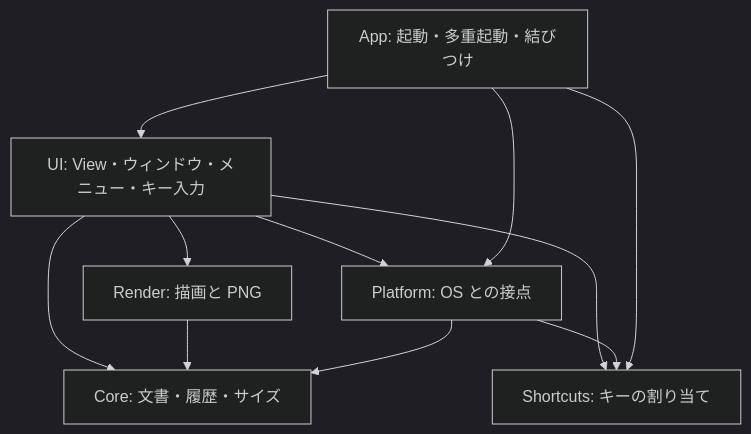
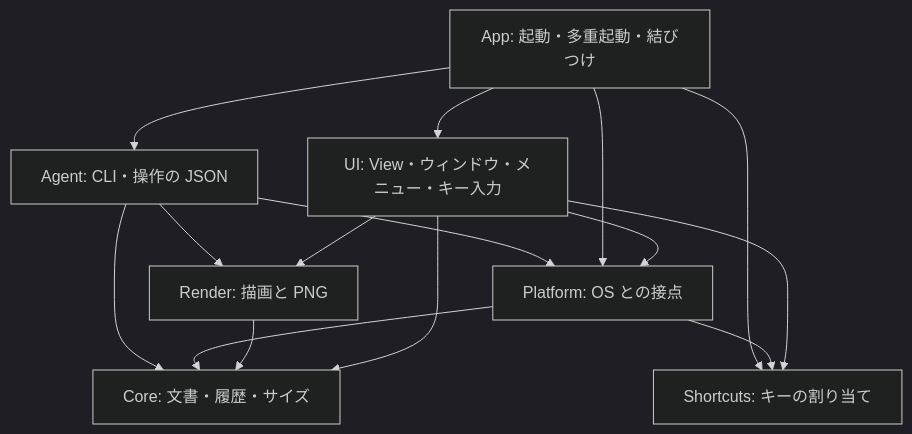
One commit to takemo101/shortnote changed the diagram in docs/architecture.md. Above: the diagram before and after it, drawn with Mermaid (dark theme). The commit also changed other lines of this file and 6 other files, not shown here.

````diff
--- a/docs/architecture.md
+++ b/docs/architecture.md
@@ -17,13 +17,17 @@
 ```mermaid
 flowchart TD
     UI[UI: View・ウィンドウ・メニュー・キー入力] --> Render[Render: 描画と PNG]
     UI --> Platform[Platform: OS との接点]
     UI --> Core
     UI --> Shortcuts[Shortcuts: キーの割り当て]
     Render --> Core[Core: 文書・履歴・サイズ]
     Platform --> Core
     Platform --> Shortcuts
     App[App: 起動・多重起動・結びつけ] --> UI
     App --> Platform
     App --> Shortcuts
+    App --> Agent[Agent: CLI・操作の JSON]
+    Agent --> Render
+    Agent --> Platform
+    Agent --> Core
 ```
````
